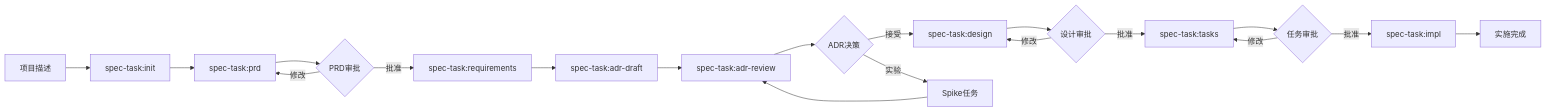
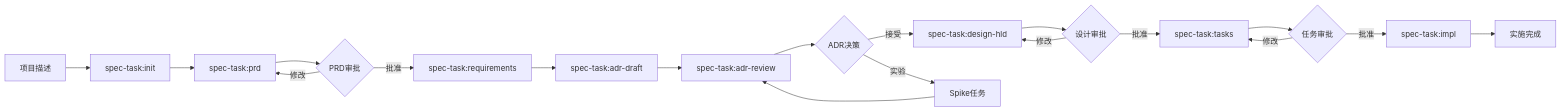
One commit to zhiyue/infinite-scribe changed the diagram in .claude/commands/spec-task/README.md. Above: the diagram before and after it, drawn with Mermaid. The commit also changed other lines of this file and 10 other files, not shown here.

First line of the commit message:
feat(spec-task): update design commands and documentation for high-level and low-level designs

````diff
--- a/.claude/commands/spec-task/README.md
+++ b/.claude/commands/spec-task/README.md
@@ -17,21 +17,21 @@
 ```mermaid
 graph LR
     A[项目描述] --> B[spec-task:init]
     B --> C[spec-task:prd]
     C --> D{PRD审批}
     D -->|批准| E[spec-task:requirements]  
     D -->|修改| C
     E --> F[spec-task:adr-draft]
     F --> G[spec-task:adr-review]
     G --> H{ADR决策}
-    H -->|接受| I[spec-task:design]
+    H -->|接受| I[spec-task:design-hld]
     H -->|实验| J[Spike任务]
     J --> G
     I --> K{设计审批}
     K -->|批准| L[spec-task:tasks]
     K -->|修改| I
     L --> M{任务审批}
     M -->|批准| N[spec-task:impl]
     M -->|修改| L
     N --> O[实施完成]
 ```
````
